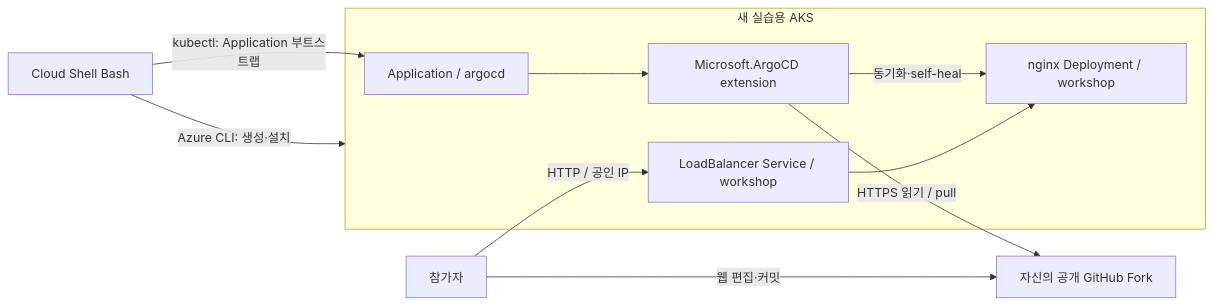
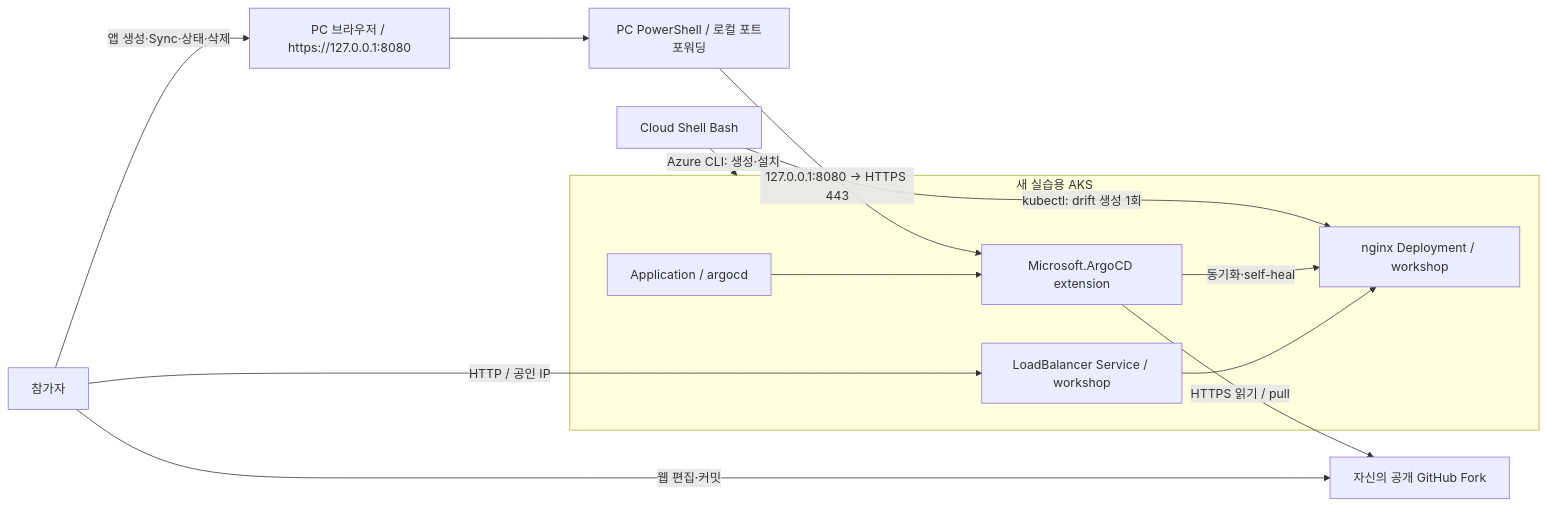
Before and after one commit to freeman9844/aks-argo-test-01: the diagram in README.md, drawn with Mermaid. The commit also changed other lines of this file and 2 other files, not shown here.

````diff
--- a/README.md
+++ b/README.md
@@ -25,17 +25,20 @@
 ```mermaid
 flowchart LR
   person["참가자"] -->|"웹 편집·커밋"| git["자신의 공개 GitHub Fork"]
+  person -->|"앱 생성·Sync·상태·삭제"| ui["PC 브라우저 / https://127.0.0.1:8080"]
+  ui --> forward["PC PowerShell / 로컬 포트포워딩"]
+  forward -->|"127.0.0.1:8080 → HTTPS 443"| argo
   shell["Cloud Shell Bash"] -->|"Azure CLI: 생성·설치"| aks
-  shell -->|"kubectl: Application 부트스트랩"| app
+  shell -->|"kubectl: drift 생성 1회"| deploy
   subgraph aks["새 실습용 AKS"]
     argo["Microsoft.ArgoCD extension"]
     app["Application / argocd"]
     deploy["nginx Deployment / workshop"]
     svc["LoadBalancer Service / workshop"]
     app --> argo
     argo -->|"동기화·self-heal"| deploy
     svc --> deploy
   end
   argo -->|"HTTPS 읽기 / pull"| git
   person -->|"HTTP / 공인 IP"| svc
 ```
````
